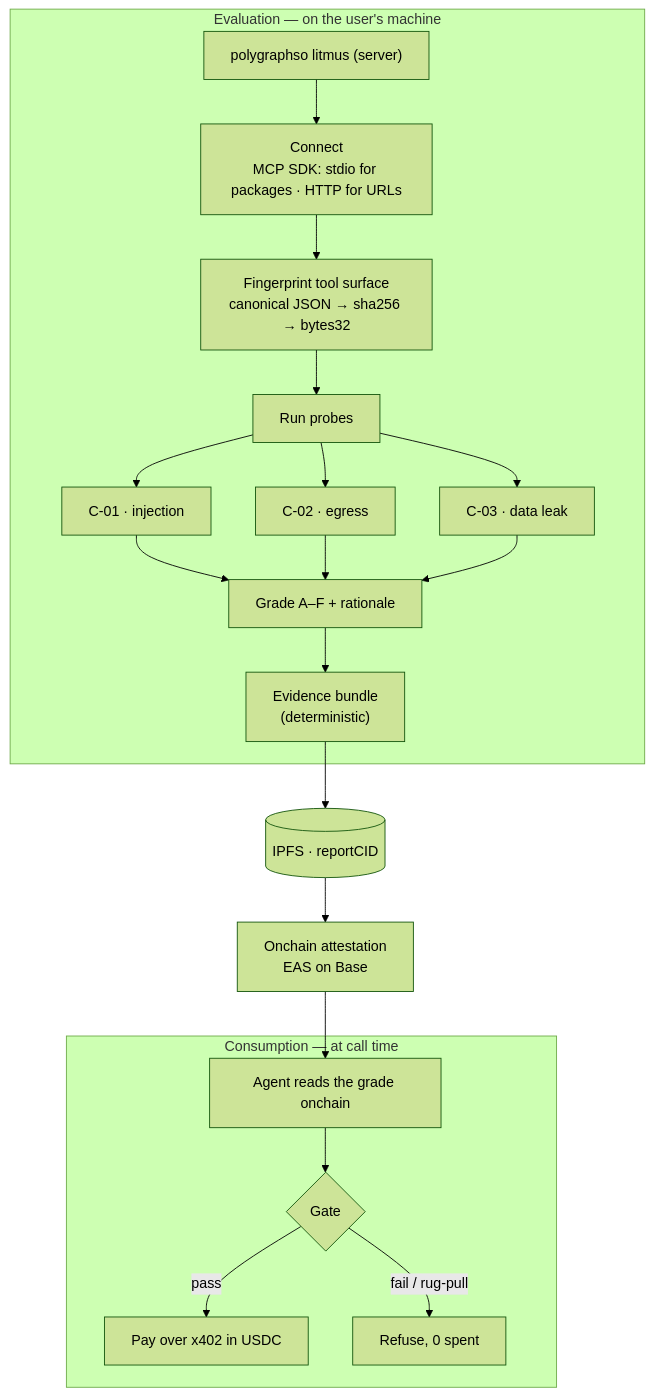
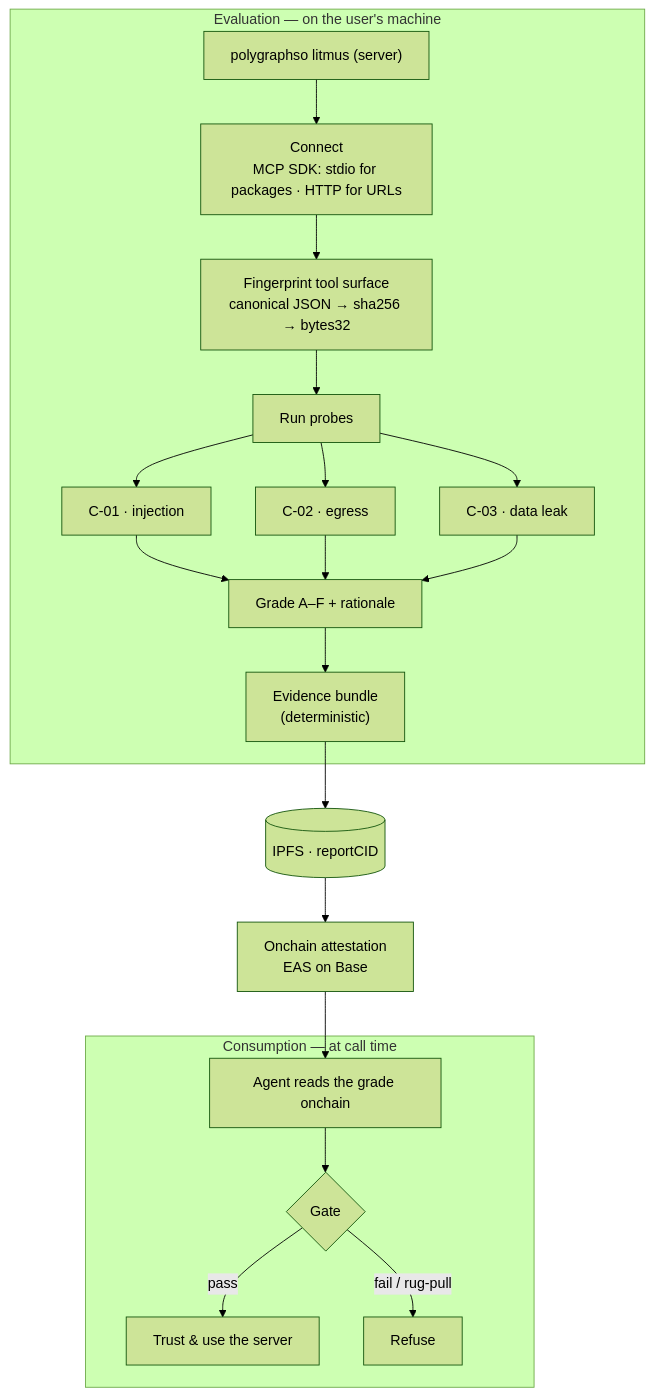
One commit to polygraphso/litmus changed the first of 6 diagrams in docs/how-it-works.md. Above: the diagram before and after it, drawn with Mermaid (forest theme). The commit also changed other lines of this file and 28 other files, not shown here.

````diff
--- a/docs/how-it-works.md
+++ b/docs/how-it-works.md
@@ -13,23 +13,23 @@
 ```mermaid
 flowchart TD
     subgraph EVAL["Evaluation — on the user's machine"]
         A["polygraphso litmus (server)"] --> B["Connect<br/>MCP SDK: stdio for packages · HTTP for URLs"]
         B --> C["Fingerprint tool surface<br/>canonical JSON → sha256 → bytes32"]
         C --> P["Run probes"]
         P --> C1["C-01 · injection"]
         P --> C2["C-02 · egress"]
         P --> C3["C-03 · data leak"]
         C1 --> G["Grade A–F + rationale"]
         C2 --> G
         C3 --> G
         G --> EB["Evidence bundle<br/>(deterministic)"]
     end
     EB --> IPFS[("IPFS · reportCID")]
     IPFS --> ATT["Onchain attestation<br/>EAS on Base"]
     ATT --> AG
     subgraph USE["Consumption — at call time"]
         AG["Agent reads the grade onchain"] --> GATE{"Gate"}
-        GATE -->|pass| PAY["Pay over x402 in USDC"]
-        GATE -->|"fail / rug-pull"| REF["Refuse, 0 spent"]
+        GATE -->|pass| PAY["Trust & use the server"]
+        GATE -->|"fail / rug-pull"| REF["Refuse"]
     end
 ```
````
